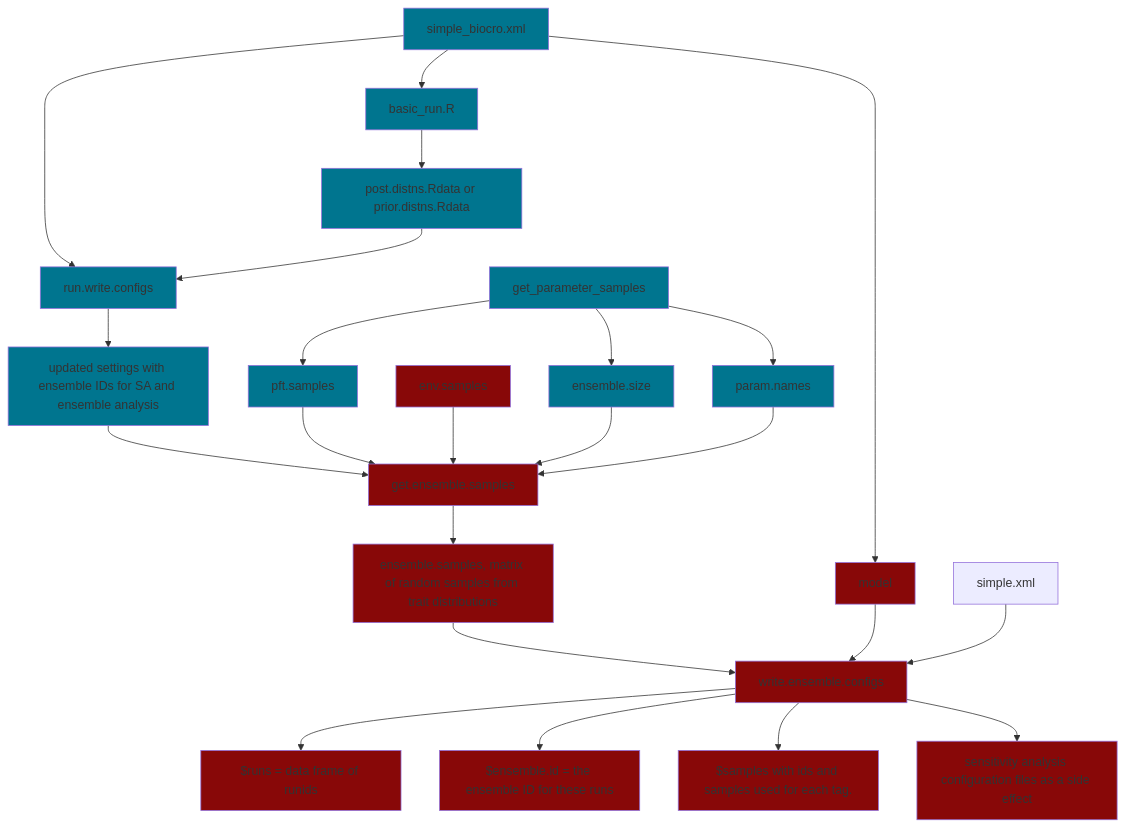
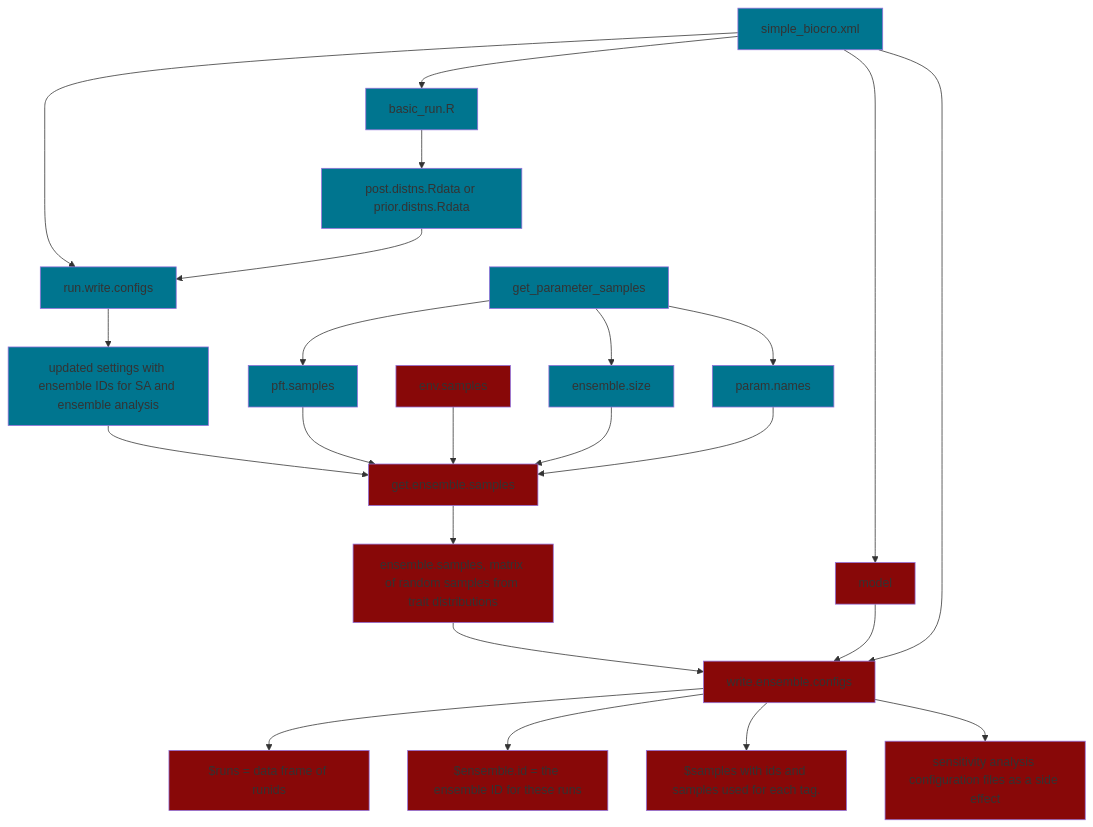
Before and after one commit to ecamo19/gsoc_project_2022_vm: the diagram in README.md, drawn with Mermaid.

````diff
--- a/README.md
+++ b/README.md
@@ -47,59 +47,59 @@
 ```mermaid
   graph TD;
       simple_biocro.xml-->run.write.configs;
       simple_biocro.xml-->basic_run.R;
       simple_biocro.xml-->model;
       
       basic_run.R-->posterior.files[post.distns.Rdata or prior.distns.Rdata];
       posterior.files[post.distns.Rdata or prior.distns.Rdata]-->run.write.configs;
       run.write.configs-->output_1[updated settings with ensemble IDs for SA and ensemble analysis ];
       output_1[updated settings with ensemble IDs for SA and ensemble analysis]-->get.ensemble.samples;
       
       input_get_ensemble_1[pft.samples]-->get.ensemble.samples;
       input_get_ensemble_2[env.samples]-->get.ensemble.samples;
       input_get_ensemble_3[ensemble.size]-->get.ensemble.samples;
       input_get_ensemble_4[param.names]-->get.ensemble.samples;
       
       get_parameter_samples-->input_get_ensemble_1[pft.samples];  
       get_parameter_samples-->input_get_ensemble_3[ensemble.size];
       get_parameter_samples-->input_get_ensemble_4[param.names];
       
       get.ensemble.samples-->output_get_ensemble[ensemble.samples, matrix of random samples from trait distributions];
       
       output_get_ensemble[ensemble.samples, matrix of random samples from trait distributions]-->write.ensemble.configs;
       model-->write.ensemble.configs;
-      simple.xml-->write.ensemble.configs;
+      simple_biocro.xml-->write.ensemble.configs;
       
       write.ensemble.configs-->output_write_ensemble_1[$runs = data frame of runids];
       write.ensemble.configs-->output_write_ensemble_2[$ensemble.id = the ensemble ID for these runs];
       write.ensemble.configs-->output_write_ensemble_3[$samples with ids and samples used for each tag.];
       write.ensemble.configs-->output_write_ensemble_4[sensitivity analysis configuration files as a side effect];
       
       %% Blue color boxes
       
       style get_parameter_samples fill:#00758f
       style basic_run.R fill:#00758f
       style output_1 fill:#00758f
       style run.write.configs fill:#00758f
       style simple_biocro.xml fill:#00758f
       style posterior.files fill:#00758f
       style input_get_ensemble_1 fill:#00758f
       
       style input_get_ensemble_3 fill:#00758f
       style input_get_ensemble_4 fill:#00758f
       
       
       
       %% Red color boxes  
       
       style input_get_ensemble_2 fill:#880808
       style get.ensemble.samples fill:#880808
       style output_get_ensemble  fill:#880808 
       style model fill:#880808 
       style write.ensemble.configs fill:#880808
       style output_write_ensemble_1 fill:#880808
       style output_write_ensemble_2 fill:#880808
       style output_write_ensemble_3 fill:#880808
       style output_write_ensemble_4 fill:#880808
       
 ```
````
